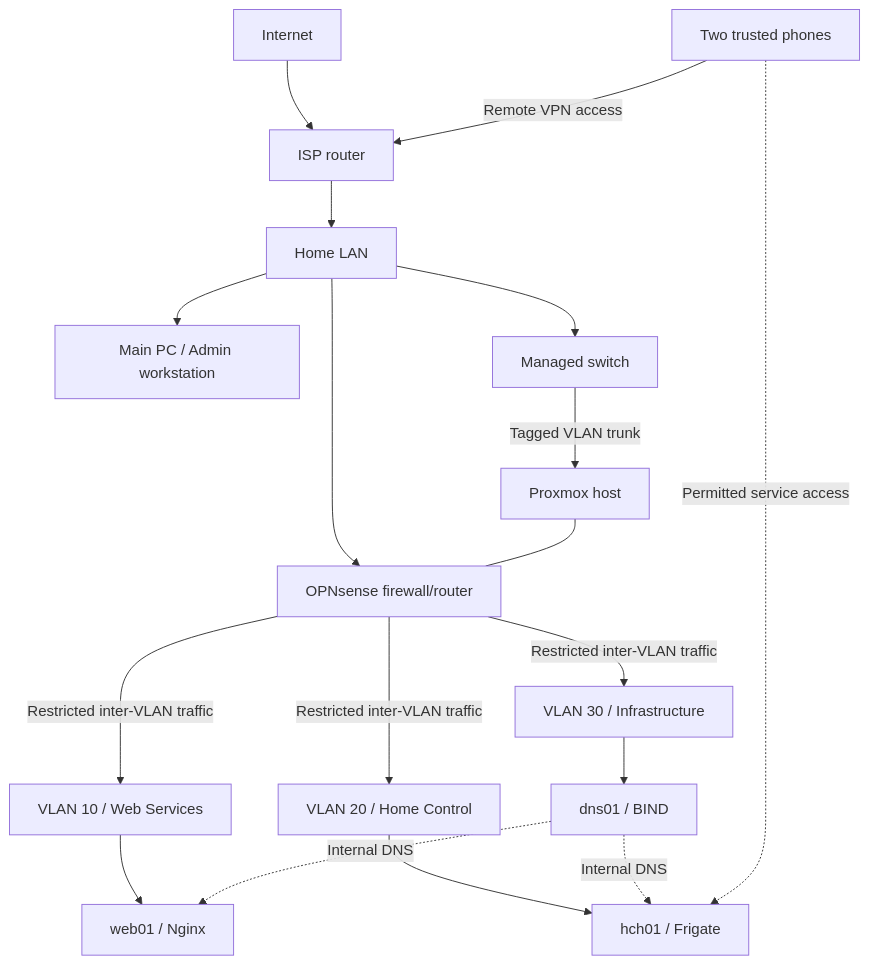
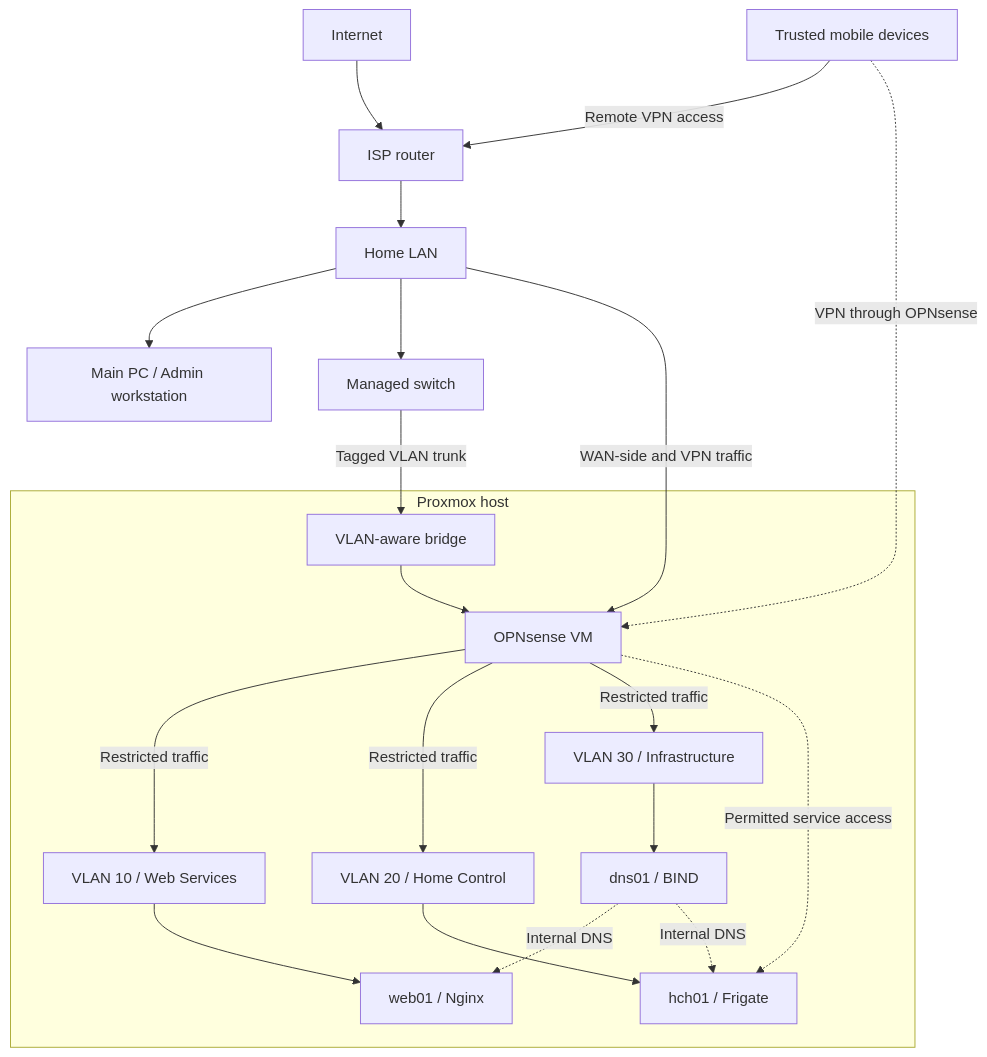
The diagram in docs/network-topology.md (repo-sudo/infrastructure-portfolio), drawn with Mermaid before and after one commit. The commit also changed other lines of this file and 1 other file, not shown here.

Commit message:
Clarify firewall and Proxmox paths in topology

````diff
--- a/docs/network-topology.md
+++ b/docs/network-topology.md
@@ -5,20 +5,34 @@
 ```mermaid
 flowchart TB
     internet["Internet"] --> router["ISP router"]
-    phones["Two trusted phones"] -->|Remote VPN access| router
+    mobile["Trusted mobile devices"] -->|Remote VPN access| router
     router --> home["Home LAN"]
     home --> pc["Main PC / Admin workstation"]
     home --> switch["Managed switch"]
-    switch -->|Tagged VLAN trunk| pve["Proxmox host"]
-    home --> fw["OPNsense firewall/router"]
-    pve --- fw
-    fw -->|Restricted inter-VLAN traffic| v10["VLAN 10 / Web Services"]
-    fw -->|Restricted inter-VLAN traffic| v20["VLAN 20 / Home Control"]
-    fw -->|Restricted inter-VLAN traffic| v30["VLAN 30 / Infrastructure"]
-    v10 --> web["web01 / Nginx"]
-    v20 --> hch["hch01 / Frigate"]
-    v30 --> dns["dns01 / BIND"]
+
+    subgraph proxmox["Proxmox host"]
+        bridge["VLAN-aware bridge"]
+        firewall["OPNsense VM"]
+        v10["VLAN 10 / Web Services"]
+        v20["VLAN 20 / Home Control"]
+        v30["VLAN 30 / Infrastructure"]
+        web["web01 / Nginx"]
+        hch["hch01 / Frigate"]
+        dns["dns01 / BIND"]
+
+        bridge --> firewall
+        firewall -->|Restricted traffic| v10
+        firewall -->|Restricted traffic| v20
+        firewall -->|Restricted traffic| v30
+        v10 --> web
+        v20 --> hch
+        v30 --> dns
+    end
+
+    switch -->|Tagged VLAN trunk| bridge
+    home -->|WAN-side and VPN traffic| firewall
+    mobile -.->|VPN through OPNsense| firewall
+    firewall -.->|Permitted service access| hch
     dns -.->|Internal DNS| web
     dns -.->|Internal DNS| hch
-    phones -.->|Permitted service access| hch
 ```
````
